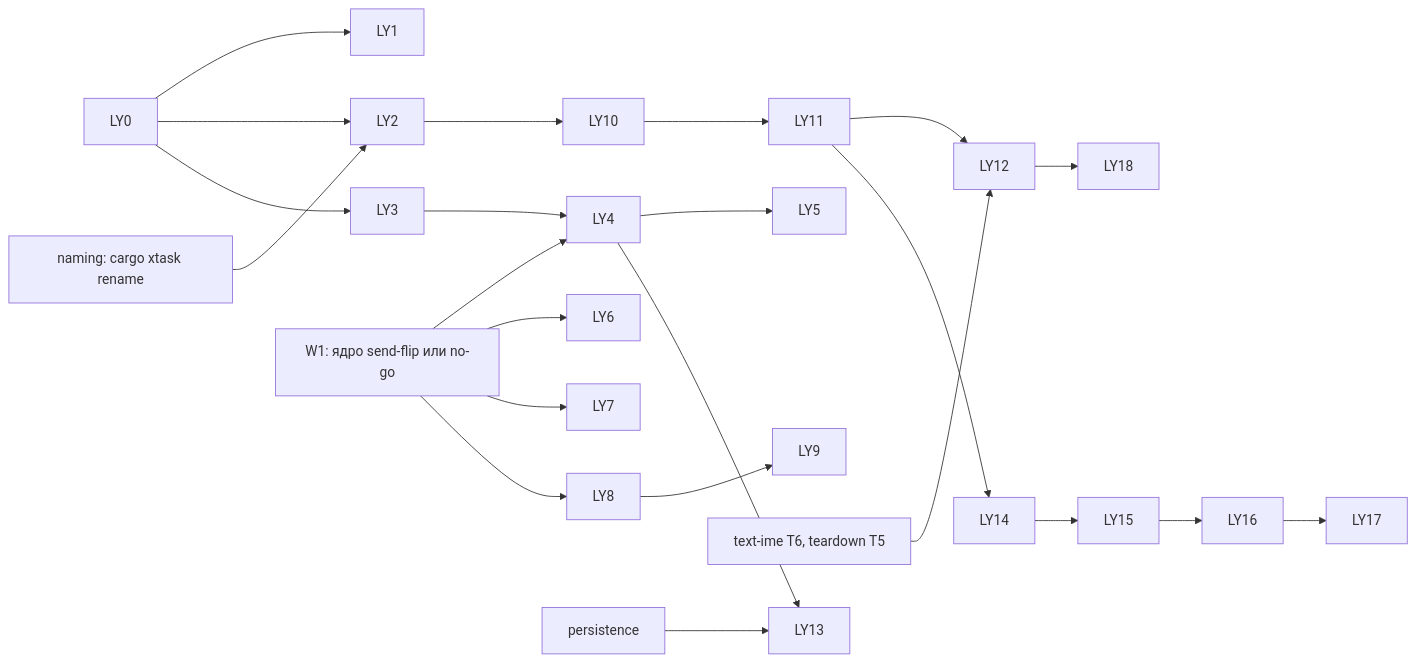
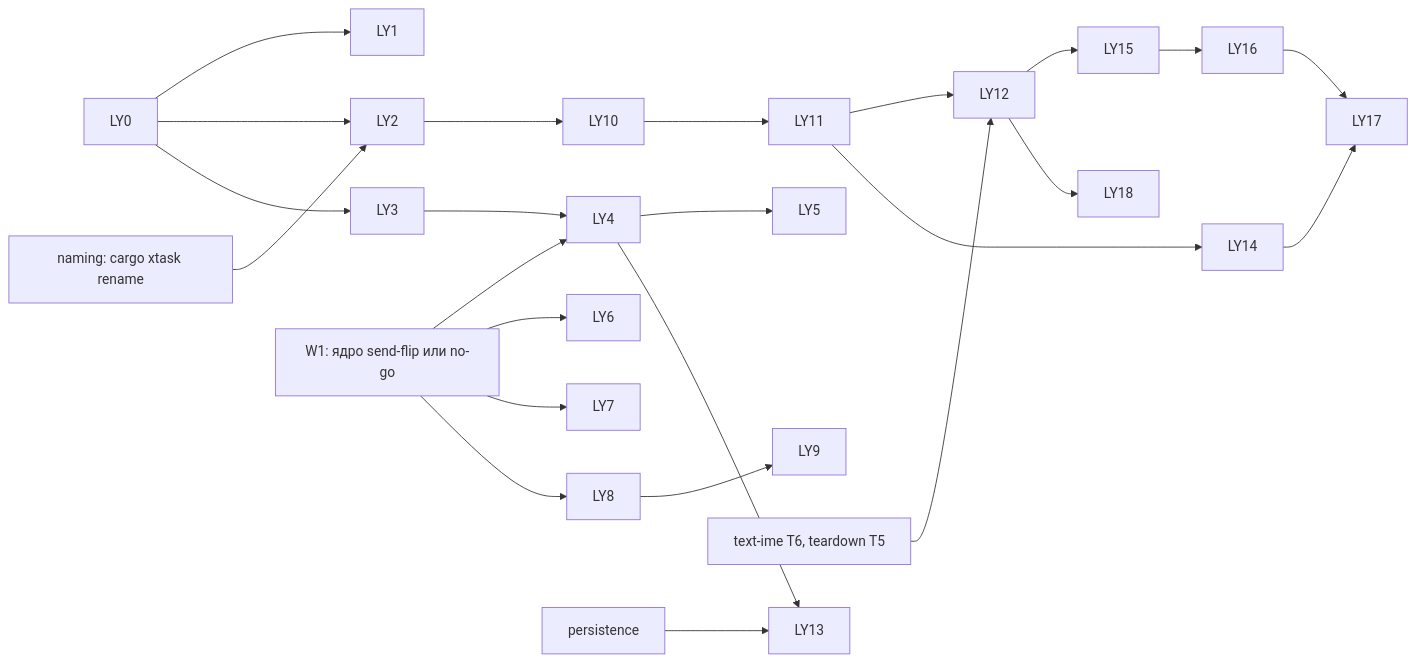
One commit to vanyastaff/flui changed the diagram in docs/plans/specs/platform-layer/tasks.md. Above: the diagram before and after it, drawn with Mermaid. The commit also changed other lines of this file and 6 other files, not shown here.

````diff
--- a/docs/plans/specs/platform-layer/tasks.md
+++ b/docs/plans/specs/platform-layer/tasks.md
@@ -50,14 +50,15 @@
 ```mermaid
 graph LR
   LY0 --> LY1 & LY2 & LY3
   LY3 --> LY4 --> LY5
   W1["W1: ядро send-flip или no-go"] --> LY4 & LY6 & LY7 & LY8
   LY8 --> LY9
   NM["naming: cargo xtask rename"] --> LY2 --> LY10 --> LY11
   TI["text-ime T6, teardown T5"] --> LY12
   LY11 --> LY12
   PS["persistence"] --> LY13
   LY4 --> LY13
-  LY11 --> LY14 --> LY15 --> LY16 --> LY17
+  LY11 --> LY14 --> LY17
+  LY12 --> LY15 --> LY16 --> LY17
   LY12 --> LY18
 ```
````
